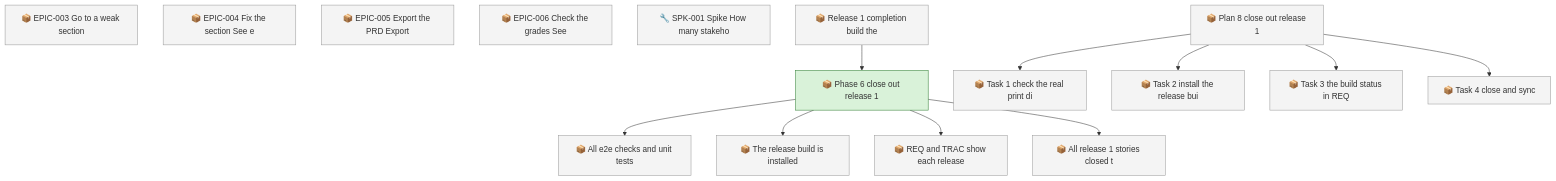
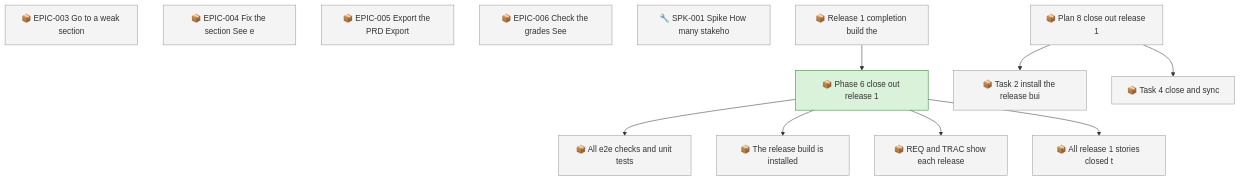
The first of 2 diagrams in docs/roadmap.md (SpillwaveSolutions/prd-forge-viewer), drawn with Mermaid before and after one commit. The commit also changed other lines of this file and 13 other files, not shown here.

First line of the commit message:
docs: build status of release 1 in REQ and TRAC, and the real print panel check

````diff
--- a/docs/roadmap.md
+++ b/docs/roadmap.md
@@ -85,32 +77,28 @@
 ```mermaid
 graph TD
     01M61XNJQPA0F7H1BG56ERNJ3P["📦 EPIC-003 Go to a weak section"]
     01M61XNK50616FWM0WZ4FGWGEB["📦 EPIC-004 Fix the section See e"]
     01M61XNK9MPMV0RAEKPX0JC3K4["📦 EPIC-005 Export the PRD Export"]
     01M61XNM7GHPSJ1B96BCHA59ZE["📦 EPIC-006 Check the grades See"]
     01M61XNM9NY7F4D4V7400J56X9["🔧 SPK-001 Spike How many stakeho"]
     01M62C7RE2CW1HN12H2T82VJ6C["📦 Release 1 completion build the"]
     01M62C7REGCD2R415FMWFCZMV6["📦 Phase 6 close out release 1"]
     01M62C7REGCD2R415FMWFCZMV8["📦 All e2e checks and unit tests"]
     01M62C7REGCD2R415FMWFCZMVA["📦 The release build is installed"]
     01M62C7REHN9N2P8Z19K0EPA0F["📦 REQ and TRAC show each release"]
     01M62C7REHN9N2P8Z19K0EPA0H["📦 All release 1 stories closed t"]
     01M64C02ZSD81X83JWRWQDVYCH["📦 Plan 8 close out release 1"]
-    01M64C03048SWRXRJ3A59AD9W0["📦 Task 1 check the real print di"]
     01M64C03048SWRXRJ3A59AD9W2["📦 Task 2 install the release bui"]
-    01M64C03048SWRXRJ3A59AD9W4["📦 Task 3 the build status in REQ"]
     01M64C03048SWRXRJ3A59AD9W6["📦 Task 4 close and sync"]
     01M62C7RE2CW1HN12H2T82VJ6C --> 01M62C7REGCD2R415FMWFCZMV6
     01M62C7REGCD2R415FMWFCZMV6 --> 01M62C7REGCD2R415FMWFCZMV8
     01M62C7REGCD2R415FMWFCZMV6 --> 01M62C7REGCD2R415FMWFCZMVA
     01M62C7REGCD2R415FMWFCZMV6 --> 01M62C7REHN9N2P8Z19K0EPA0F
     01M62C7REGCD2R415FMWFCZMV6 --> 01M62C7REHN9N2P8Z19K0EPA0H
-    01M64C02ZSD81X83JWRWQDVYCH --> 01M64C03048SWRXRJ3A59AD9W0
     01M64C02ZSD81X83JWRWQDVYCH --> 01M64C03048SWRXRJ3A59AD9W2
-    01M64C02ZSD81X83JWRWQDVYCH --> 01M64C03048SWRXRJ3A59AD9W4
     01M64C02ZSD81X83JWRWQDVYCH --> 01M64C03048SWRXRJ3A59AD9W6
     classDef todo fill:#f4f4f4,stroke:#999999
-    class 01M61XNJQPA0F7H1BG56ERNJ3P,01M61XNK50616FWM0WZ4FGWGEB,01M61XNK9MPMV0RAEKPX0JC3K4,01M61XNM7GHPSJ1B96BCHA59ZE,01M61XNM9NY7F4D4V7400J56X9,01M62C7RE2CW1HN12H2T82VJ6C,01M62C7REGCD2R415FMWFCZMV8,01M62C7REGCD2R415FMWFCZMVA,01M62C7REHN9N2P8Z19K0EPA0F,01M62C7REHN9N2P8Z19K0EPA0H,01M64C02ZSD81X83JWRWQDVYCH,01M64C03048SWRXRJ3A59AD9W0,01M64C03048SWRXRJ3A59AD9W2,01M64C03048SWRXRJ3A59AD9W4,01M64C03048SWRXRJ3A59AD9W6 todo
+    class 01M61XNJQPA0F7H1BG56ERNJ3P,01M61XNK50616FWM0WZ4FGWGEB,01M61XNK9MPMV0RAEKPX0JC3K4,01M61XNM7GHPSJ1B96BCHA59ZE,01M61XNM9NY7F4D4V7400J56X9,01M62C7RE2CW1HN12H2T82VJ6C,01M62C7REGCD2R415FMWFCZMV8,01M62C7REGCD2R415FMWFCZMVA,01M62C7REHN9N2P8Z19K0EPA0F,01M62C7REHN9N2P8Z19K0EPA0H,01M64C02ZSD81X83JWRWQDVYCH,01M64C03048SWRXRJ3A59AD9W2,01M64C03048SWRXRJ3A59AD9W6 todo
     classDef in_progress fill:#d9f2d9,stroke:#2e7d32
     class 01M62C7REGCD2R415FMWFCZMV6 in_progress
 ```
````
